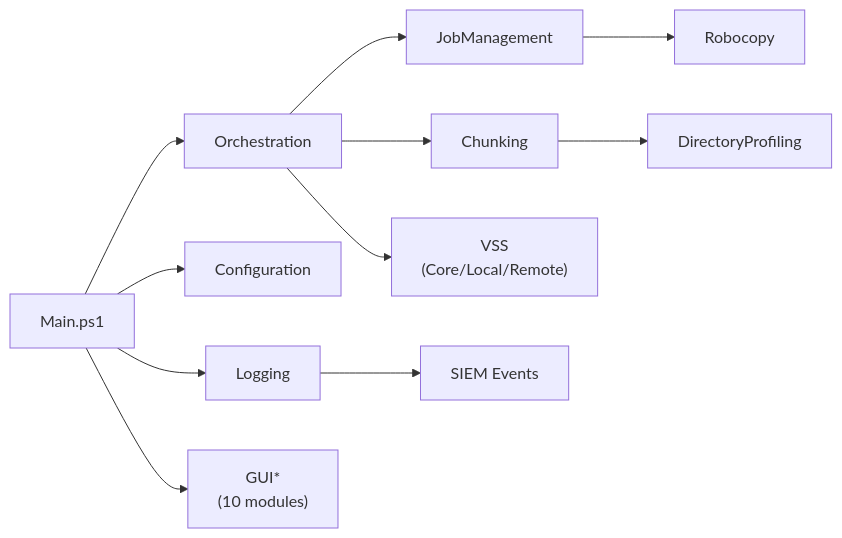
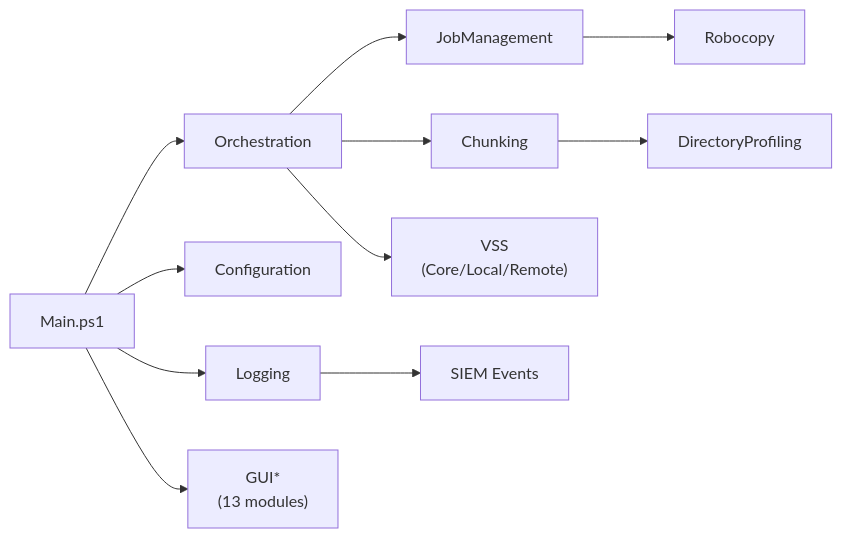
One commit to pacepace/robocurse changed the second of 2 diagrams in README.md. Above: the diagram before and after it, drawn with Mermaid. The commit also changed other lines of this file, not shown here.

````diff
--- a/README.md
+++ b/README.md
@@ -707,15 +707,15 @@
 ```mermaid
 flowchart LR
     Main["Main.ps1"] --> Orch["Orchestration"]
     Main --> Config["Configuration"]
     Main --> Log["Logging"]
-    Main --> GUI["GUI*<br/>(10 modules)"]
+    Main --> GUI["GUI*<br/>(13 modules)"]
 
     Orch --> Job["JobManagement"]
     Orch --> Chunk["Chunking"]
     Orch --> VSS["VSS<br/>(Core/Local/Remote)"]
 
     Job --> Robo["Robocopy"]
     Chunk --> DirProf["DirectoryProfiling"]
     Log --> SIEM["SIEM Events"]
 ```
````
